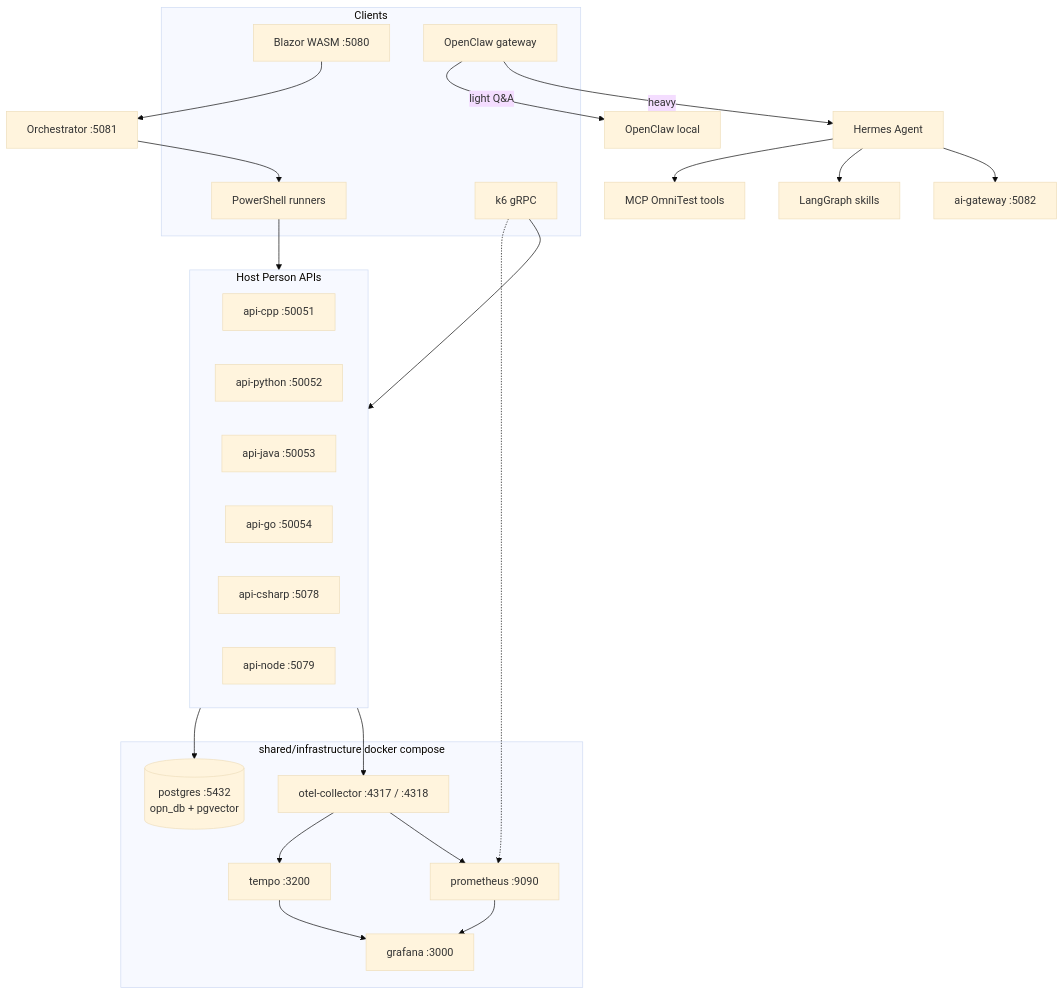
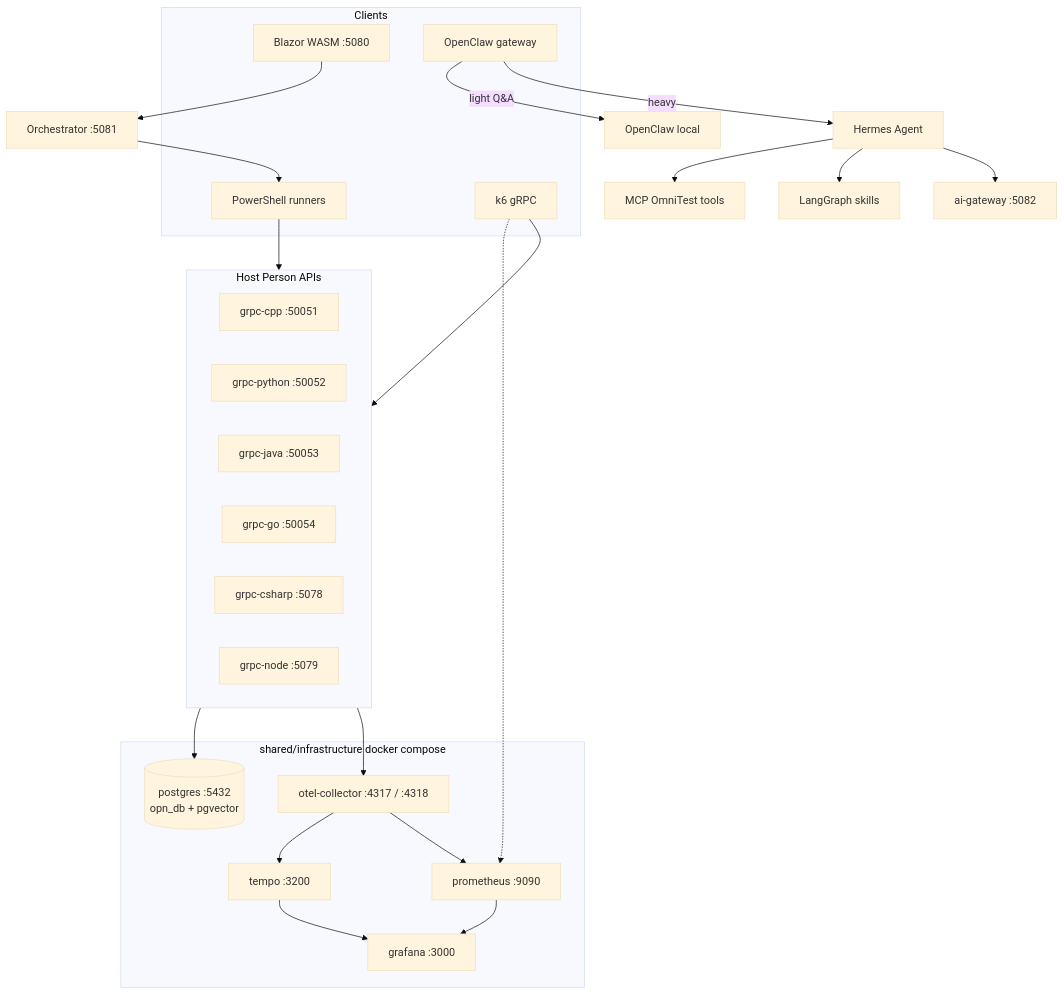
Before and after one commit to NPS-Dive/OmniTest-Polyglot-Nexus: the diagram in README.md, drawn with Mermaid (base theme). The commit also changed other lines of this file and 81 other files, not shown here.

````diff
--- a/README.md
+++ b/README.md
@@ -9,47 +9,47 @@
 ```mermaid
 flowchart TB
   subgraph clients [Clients]
     Blazor["Blazor WASM :5080"]
     PS[PowerShell runners]
     K6[k6 gRPC]
     OC[OpenClaw gateway]
   end
 
   Orch["Orchestrator :5081"]
   Blazor --> Orch
   Orch --> PS
 
   subgraph apis [Host Person APIs]
-    CPP["api-cpp :50051"]
-    PY["api-python :50052"]
-    JV["api-java :50053"]
-    GO["api-go :50054"]
-    CS["api-csharp :5078"]
-    ND["api-node :5079"]
+    CPP["grpc-cpp :50051"]
+    PY["grpc-python :50052"]
+    JV["grpc-java :50053"]
+    GO["grpc-go :50054"]
+    CS["grpc-csharp :5078"]
+    ND["grpc-node :5079"]
   end
 
   PS --> apis
   K6 --> apis
 
   subgraph compose [shared/infrastructure docker compose]
     PG[("postgres :5432\nopn_db + pgvector")]
     OTEL["otel-collector :4317 / :4318"]
     PROM["prometheus :9090"]
     TEMPO["tempo :3200"]
     GRAF["grafana :3000"]
     OTEL --> TEMPO
     OTEL --> PROM
     PROM --> GRAF
     TEMPO --> GRAF
   end
 
   apis --> PG
   apis --> OTEL
   K6 -.-> PROM
 
   OC -->|light Q&A| Local[OpenClaw local]
   OC -->|heavy| Hermes[Hermes Agent]
   Hermes --> MCP[MCP OmniTest tools]
   Hermes --> LG[LangGraph skills]
   Hermes --> AIGW["ai-gateway :5082"]
 ```
````
